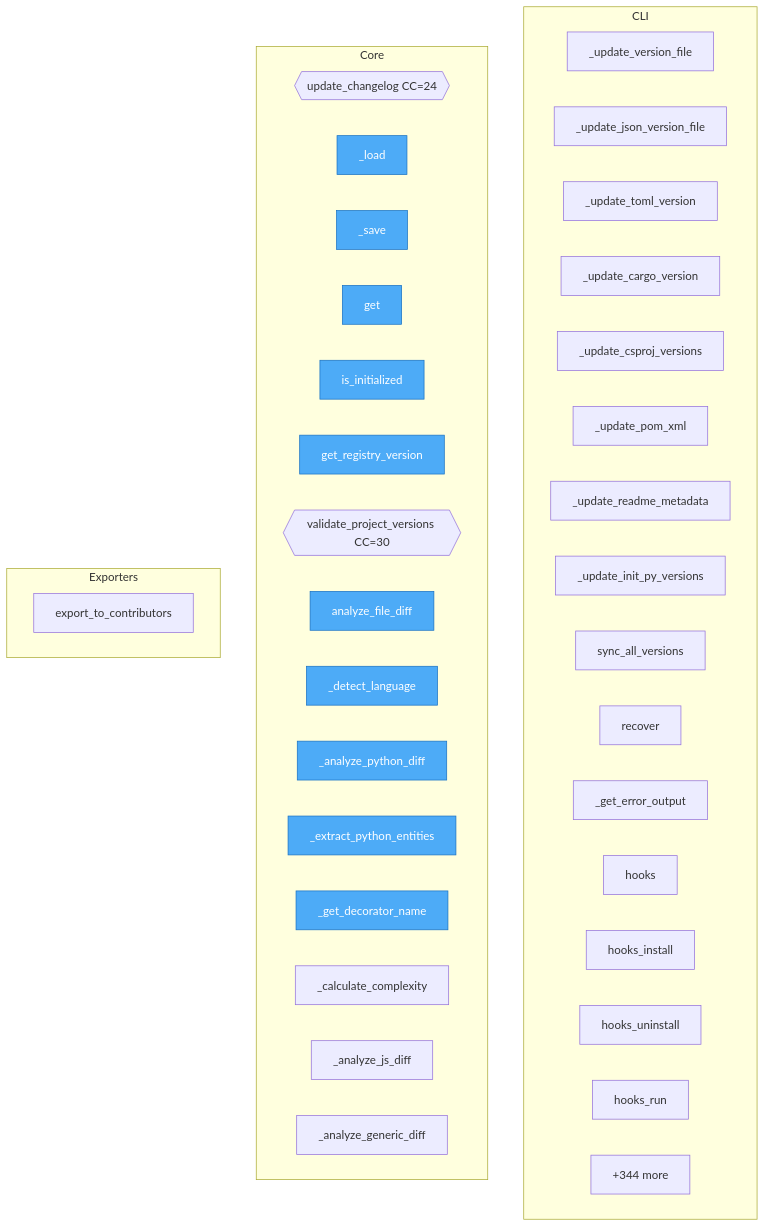
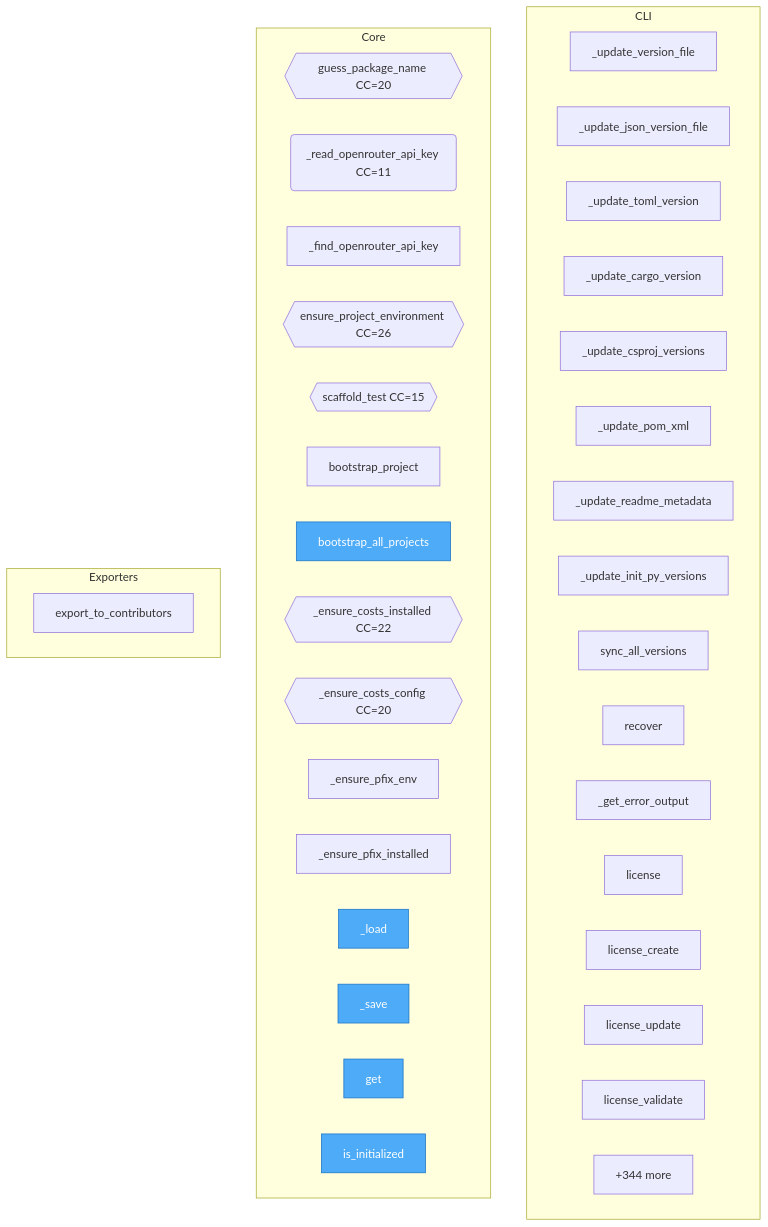
The diagram in project/flow.mmd (wronai/goal), drawn with Mermaid before and after one commit. The commit also changed 30 other files, not shown here.

First line of the commit message:
refactor(goal): code analysis engine

```diff
--- a/project/flow.mmd
+++ b/project/flow.mmd
@@ -1,48 +1,48 @@
 flowchart TD
 
     %% Entry points (blue)
     classDef entry fill:#4dabf7,stroke:#1971c2,color:#fff
 
     subgraph CLI
         goal__cli__version_sync___update_version_file["_update_version_file"]
         goal__cli__version_sync___update_json_version_file["_update_json_version_file"]
         goal__cli__version_sync___update_toml_version["_update_toml_version"]
         goal__cli__version_sync___update_cargo_version["_update_cargo_version"]
         goal__cli__version_sync___update_csproj_versions["_update_csproj_versions"]
         goal__cli__version_sync___update_pom_xml["_update_pom_xml"]
         goal__cli__version_sync___update_readme_metadata["_update_readme_metadata"]
         goal__cli__version_sync___update_init_py_versions["_update_init_py_versions"]
         goal__cli__version_sync__sync_all_versions["sync_all_versions"]
         goal__cli__recover_cmd__recover["recover"]
         goal__cli__recover_cmd___get_error_output["_get_error_output"]
-        goal__cli__hooks_cmd__hooks["hooks"]
-        goal__cli__hooks_cmd__hooks_install["hooks_install"]
-        goal__cli__hooks_cmd__hooks_uninstall["hooks_uninstall"]
-        goal__cli__hooks_cmd__hooks_run["hooks_run"]
+        goal__cli__license_cmd__license["license"]
+        goal__cli__license_cmd__license_create["license_create"]
+        goal__cli__license_cmd__license_update["license_update"]
+        goal__cli__license_cmd__license_validate["license_validate"]
         ...["+80 more"]
     end
 
     subgraph Core
-        goal__changelog__update_changelog{{update_changelog CC=24}}
+        goal__project_bootstrap__guess_package_name{{guess_package_name CC=20}}
+        goal__project_bootstrap___read_openrouter_api_key("_read_openrouter_api_key CC=11")
+        goal__project_bootstrap___find_openrouter_api_key["_find_openrouter_api_key"]
+        goal__project_bootstrap__ensure_project_environment{{ensure_project_environment CC=26}}
+        goal__project_bootstrap__scaffold_test{{scaffold_test CC=15}}
+        goal__project_bootstrap__bootstrap_project["bootstrap_project"]
+        goal__project_bootstrap__bootstrap_all_projects["bootstrap_all_projects"]
+        goal__project_bootstrap___ensure_costs_installed{{_ensure_costs_installed CC=22}}
+        goal__project_bootstrap___ensure_costs_config{{_ensure_costs_config CC=20}}
+        goal__project_bootstrap___ensure_pfix_env["_ensure_pfix_env"]
+        goal__project_bootstrap___ensure_pfix_installed["_ensure_pfix_installed"]
         goal__user_config__UserConfig___load["_load"]
         goal__user_config__UserConfig___save["_save"]
         goal__user_config__UserConfig__get["get"]
         goal__user_config__UserConfig__is_initialized["is_initialized"]
-        goal__version_validation__get_registry_version["get_registry_version"]
-        goal__version_validation__validate_project_versions{{validate_project_versions CC=30}}
-        goal__deep_analyzer__CodeChangeAnalyzer__analyze_file_diff["analyze_file_diff"]
-        goal__deep_analyzer__CodeChangeAnalyzer___detect_language["_detect_language"]
-        goal__deep_analyzer__CodeChangeAnalyzer___analyze_python_diff["_analyze_python_diff"]
-        goal__deep_analyzer__CodeChangeAnalyzer___extract_python_entities["_extract_python_entities"]
-        goal__deep_analyzer__CodeChangeAnalyzer___get_decorator_name["_get_decorator_name"]
-        goal__deep_analyzer__CodeChangeAnalyzer___calculate_complexity["_calculate_complexity"]
-        goal__deep_analyzer__CodeChangeAnalyzer___analyze_js_diff["_analyze_js_diff"]
-        goal__deep_analyzer__CodeChangeAnalyzer___analyze_generic_diff["_analyze_generic_diff"]
         ...["+344 more"]
     end
 
     subgraph Exporters
         goal__authors__manager__AuthorsManager__export_to_contributors["export_to_contributors"]
     end
 
-    class goal__user_config__UserConfig___load,goal__user_config__UserConfig___save,goal__user_config__UserConfig__get,goal__user_config__UserConfig__is_initialized,goal__version_validation__get_registry_version,goal__deep_analyzer__CodeChangeAnalyzer__analyze_file_diff,goal__deep_analyzer__CodeChangeAnalyzer___detect_language,goal__deep_analyzer__CodeChangeAnalyzer___analyze_python_diff,goal__deep_analyzer__CodeChangeAnalyzer___extract_python_entities,goal__deep_analyzer__CodeChangeAnalyzer___get_decorator_name entry
+    class goal__project_bootstrap__bootstrap_all_projects,goal__user_config__UserConfig___load,goal__user_config__UserConfig___save,goal__user_config__UserConfig__get,goal__user_config__UserConfig__is_initialized,goal__version_validation__get_registry_version,goal__formatter__MarkdownFormatter__add_header,goal__formatter__MarkdownFormatter__add_metadata,goal__formatter__MarkdownFormatter__add_section,goal__formatter__MarkdownFormatter__add_list entry
```
